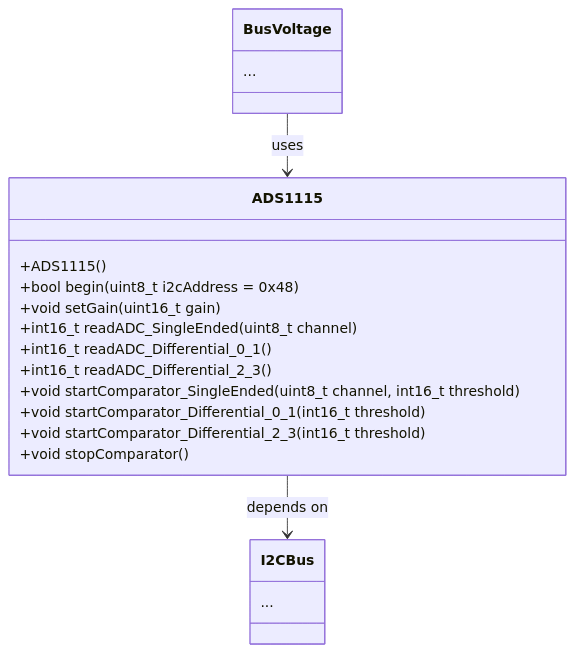
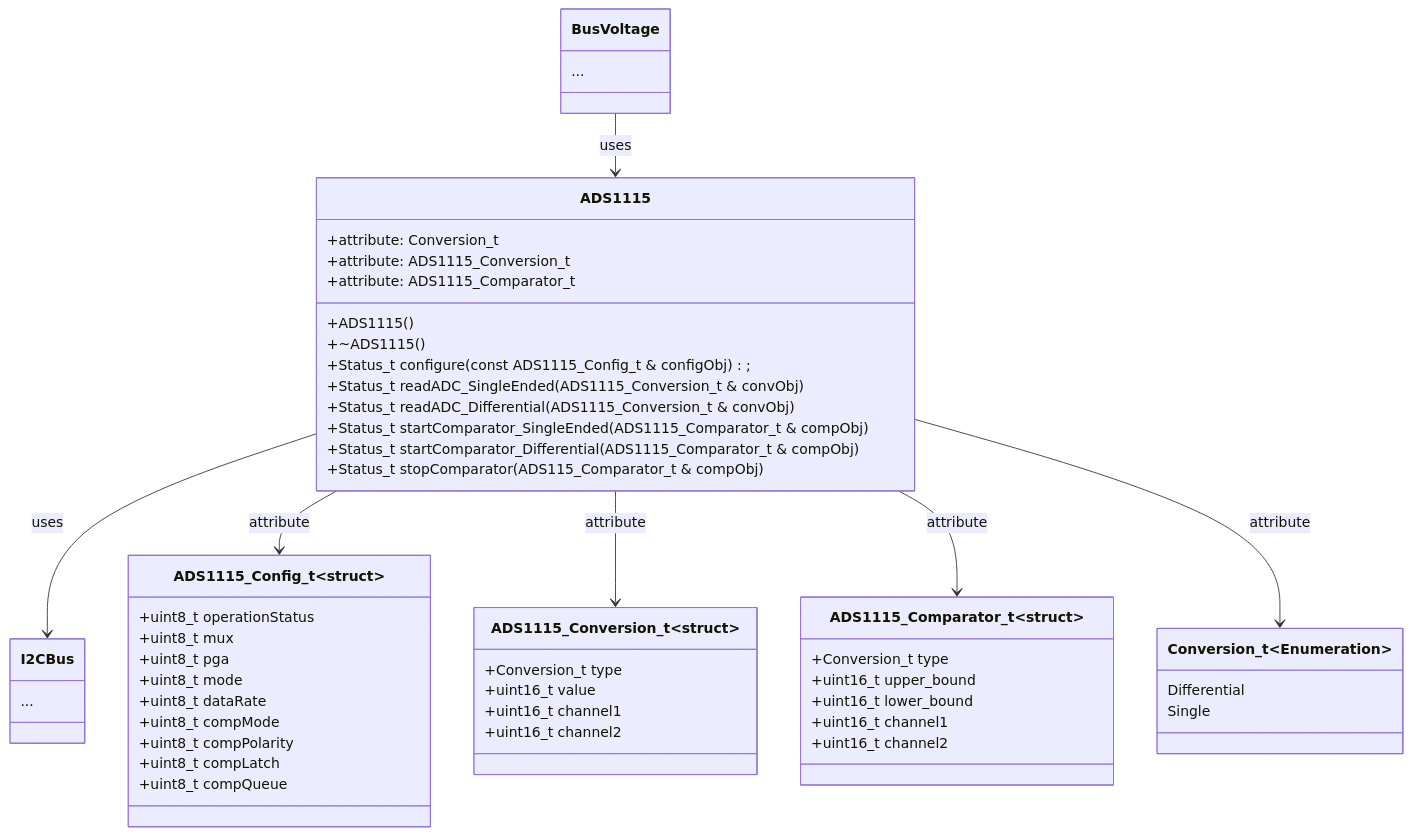
Before and after one commit to hquiroz-1988/esp: the fifth of 6 diagrams in solar_meter/Documents/AppNotes/PowerMonitor.md, drawn with Mermaid. The commit also changed other lines of this file and 69 other files, not shown here.

````diff
--- a/solar_meter/Documents/AppNotes/PowerMonitor.md
+++ b/solar_meter/Documents/AppNotes/PowerMonitor.md
@@ -192,23 +193,56 @@
 ```mermaid
 classDiagram
     class BusVoltage {
         ...
     }
     class ADS1115 {
         +ADS1115()
-        +bool begin(uint8_t i2cAddress = 0x48)
-        +void setGain(uint16_t gain)
-        +int16_t readADC_SingleEnded(uint8_t channel)
-        +int16_t readADC_Differential_0_1()
-        +int16_t readADC_Differential_2_3()
-        +void startComparator_SingleEnded(uint8_t channel, int16_t threshold)
-        +void startComparator_Differential_0_1(int16_t threshold)
-        +void startComparator_Differential_2_3(int16_t threshold)
-        +void stopComparator()
+        +~ADS1115()
+        +Status_t configure(const ADS1115_Config_t & configObj);
+        +Status_t readADC_SingleEnded(ADS1115_Conversion_t & convObj)
+        +Status_t readADC_Differential(ADS1115_Conversion_t & convObj)
+        +Status_t startComparator_SingleEnded(ADS1115_Comparator_t & compObj)
+        +Status_t startComparator_Differential(ADS1115_Comparator_t & compObj)
+        +Status_t stopComparator(ADS115_Comparator_t & compObj)
+        +attribute: Conversion_t
+        +attribute: ADS1115_Conversion_t 
+        +attribute: ADS1115_Comparator_t
     }
     class I2CBus {
         ...
     }
+    class ADS1115_Config_t~struct~{
+        +uint8_t operationStatus 
+        +uint8_t mux         
+        +uint8_t pga         
+        +uint8_t mode        
+        +uint8_t dataRate    
+        +uint8_t compMode    
+        +uint8_t compPolarity
+        +uint8_t compLatch   
+        +uint8_t compQueue
+    }
+    class ADS1115_Conversion_t~struct~{
+        +Conversion_t type
+        +uint16_t value
+        +uint16_t channel1
+        +uint16_t channel2
+    }
+    class ADS1115_Comparator_t~struct~{
+        +Conversion_t type
+        +uint16_t upper_bound
+        +uint16_t lower_bound
+        +uint16_t channel1
+        +uint16_t channel2
+    }
+    class Conversion_t~Enumeration~{
+        Differential
+        Single
+    }
     BusVoltage --> ADS1115 : uses
-    ADS1115 --> I2CBus : depends on
+    ADS1115 --> I2CBus : uses
+    ADS1115 --> ADS1115_Config_t : attribute
+    ADS1115 --> ADS1115_Conversion_t : attribute
+    ADS1115 --> ADS1115_Comparator_t : attribute
+    ADS1115 --> Conversion_t : attribute
 ```
````
